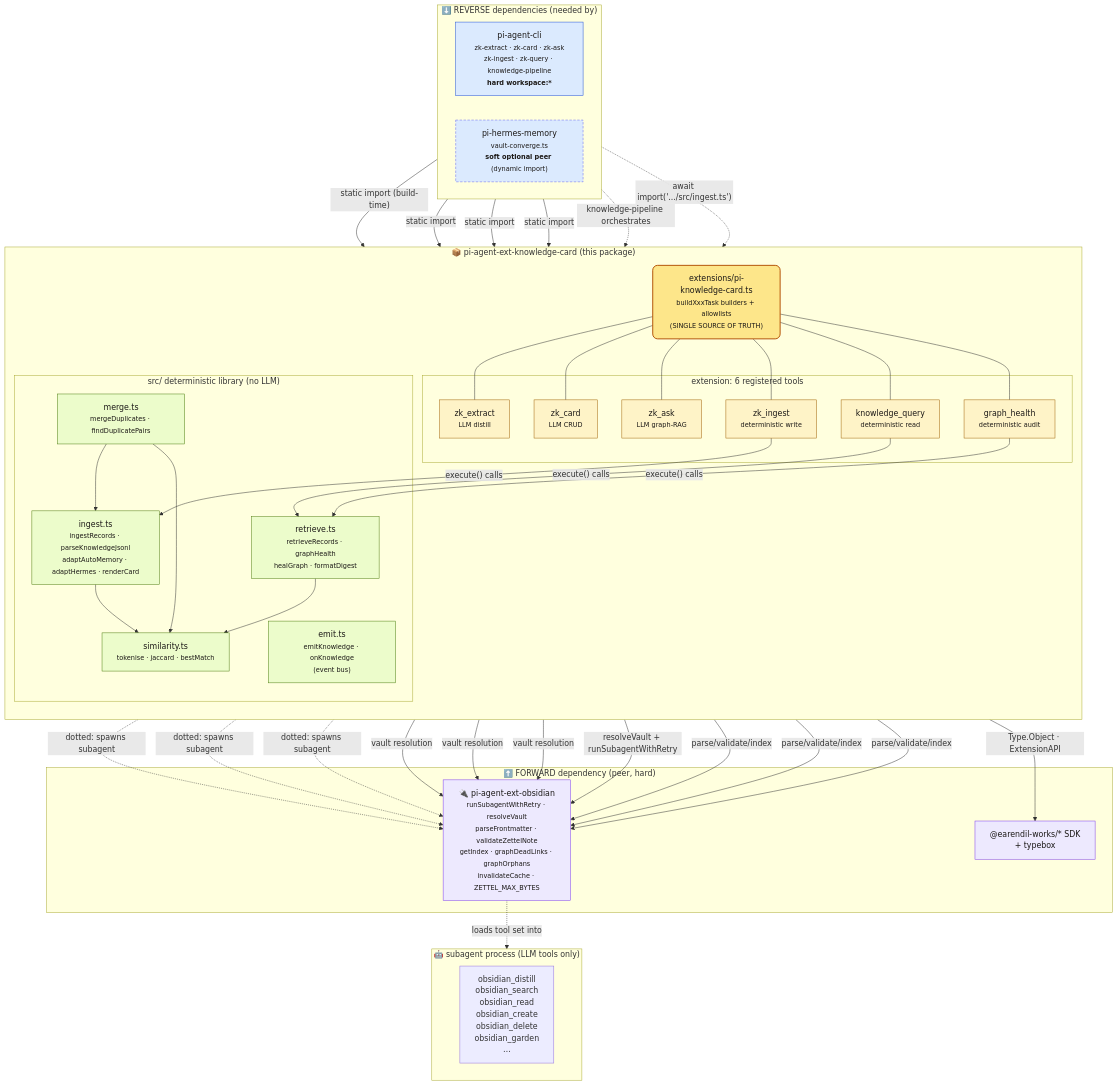
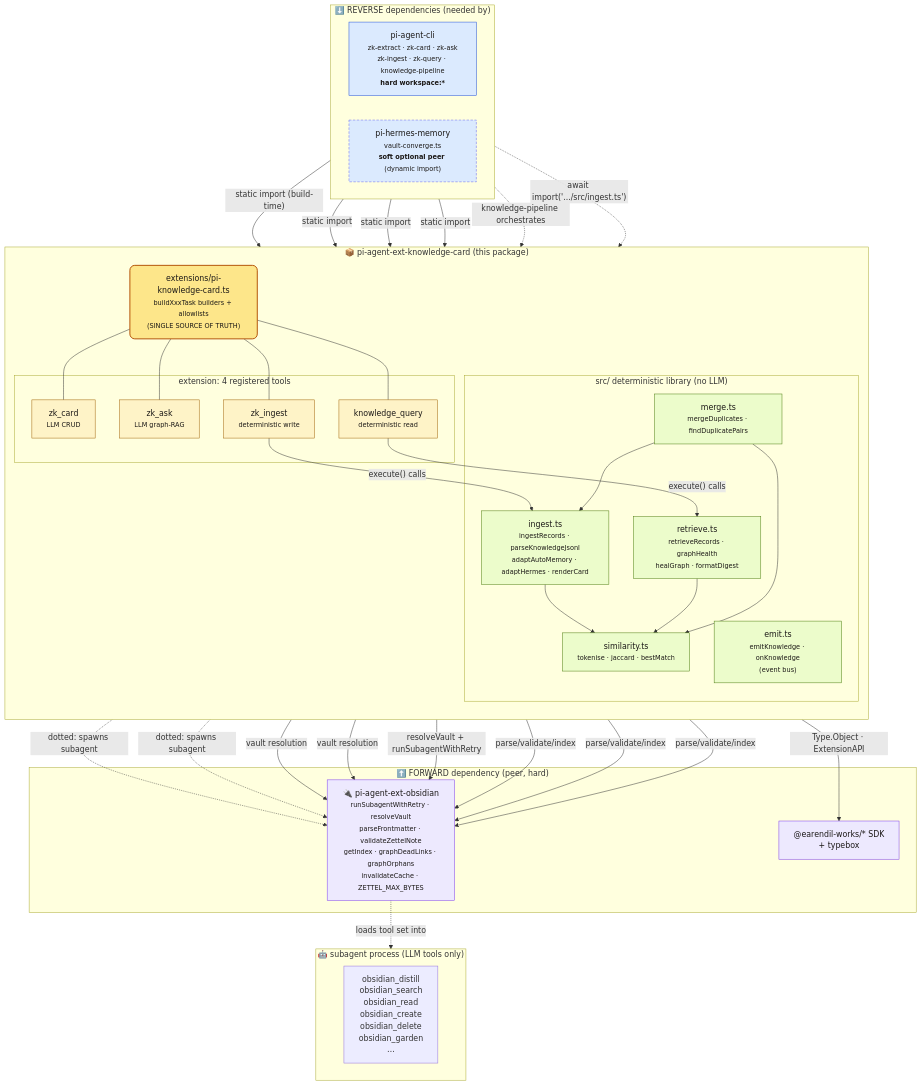
One commit to ziyu4huang/video_generation changed the first of 4 diagrams in bun-apps/pi-agent-ext-knowledge-card/docs/TOOL-ORCHESTRATION.md. Above: the diagram before and after it, drawn with Mermaid. The commit also changed other lines of this file, not shown here.

First line of the commit message:
docs(knowledge-card): TOOL-ORCHESTRATION — 4-tool reality (R2, fix C2 drift)

````diff
--- a/bun-apps/pi-agent-ext-knowledge-card/docs/TOOL-ORCHESTRATION.md
+++ b/bun-apps/pi-agent-ext-knowledge-card/docs/TOOL-ORCHESTRATION.md
@@ -26,77 +29,74 @@
 ```mermaid
 %% ── Legend ──────────────────────────────────────────────────────
 %%  solid arrow  = static import / hard workspace dep (build-time)
 %%  dashed arrow = dynamic import / soft optional peer (runtime, graceful)
 %%  dotted arrow = spawns (extension → subagent process)
 %%  box style    = this package (rounded) · consumer (sharp) · dep (hex)
 
 flowchart TB
   classDef hub fill:#fde68a,stroke:#b45309,stroke-width:2px,color:#1c1917,rx:10
   classDef tool fill:#fef3c7,stroke:#a16207,color:#1c1917
   classDef lib fill:#ecfccb,stroke:#4d7c0f,color:#1c1917
   classDef consumer fill:#dbeafe,stroke:#1d4ed8,color:#1c1917
   classDef soft fill:#dbeafe,stroke:#6366f1,color:#1c1917,stroke-dasharray:5 3
   classDef dep fill:#ede9fe,stroke:#7c3aed,color:#1c1917
 
   subgraph KC["📦 pi-agent-ext-knowledge-card (this package)"]
     direction TB
-    subgraph tools["extension: 6 registered tools"]
-      T1["zk_extract<br/><small>LLM distill</small>"]:::tool
+    subgraph tools["extension: 4 registered tools"]
       T2["zk_card<br/><small>LLM CRUD</small>"]:::tool
       T3["zk_ask<br/><small>LLM graph-RAG</small>"]:::tool
       T4["zk_ingest<br/><small>deterministic write</small>"]:::tool
       T5["knowledge_query<br/><small>deterministic read</small>"]:::tool
-      T6["graph_health<br/><small>deterministic audit</small>"]:::tool
     end
     subgraph libs["src/ deterministic library (no LLM)"]
       L1["ingest.ts<br/><small>ingestRecords · parseKnowledgeJsonl<br/>adaptAutoMemory · adaptHermes · renderCard</small>"]:::lib
       L2["retrieve.ts<br/><small>retrieveRecords · graphHealth<br/>healGraph · formatDigest</small>"]:::lib
       L3["merge.ts<br/><small>mergeDuplicates · findDuplicatePairs</small>"]:::lib
       L4["emit.ts<br/><small>emitKnowledge · onKnowledge<br/>(event bus)</small>"]:::lib
       L5["similarity.ts<br/><small>tokenise · jaccard · bestMatch</small>"]:::lib
     end
     EXT["extensions/pi-knowledge-card.ts<br/><small>buildXxxTask builders + allowlists<br/>(SINGLE SOURCE OF TRUTH)</small>"]:::hub
 
-    EXT --- T1 & T2 & T3 & T4 & T5 & T6
+    EXT --- T2 & T3 & T4 & T5
     T4 -->|"execute() calls"| L1
     T5 -->|"execute() calls"| L2
-    T6 -->|"execute() calls"| L2
     L1 --> L5
     L2 --> L5
     L3 --> L1
     L3 --> L5
   end
 
   %% ── FORWARD DEP: what this package NEEDS ──────────────────────
   subgraph fwd["⬆️ FORWARD dependency (peer, hard)"]
     OBS[" 🔌 pi-agent-ext-obsidian<br/><small>runSubagentWithRetry · resolveVault<br/>parseFrontmatter · validateZettelNote<br/>getIndex · graphDeadLinks · graphOrphans<br/>invalidateCache · ZETTEL_MAX_BYTES</small>"]:::dep
     SDK["@earendil-works/* SDK<br/>+ typebox"]:::dep
   end
 
-  T1 & T2 & T3 -.->|"dotted: spawns subagent"| OBS
-  T4 & T5 & T6 -->|"vault resolution"| OBS
+  T2 & T3 -.->|"dotted: spawns subagent"| OBS
+  T4 & T5 -->|"vault resolution"| OBS
   EXT -->|"resolveVault + runSubagentWithRetry"| OBS
   L1 & L2 & L3 -->|"parse/validate/index"| OBS
   EXT -->|"Type.Object · ExtensionAPI"| SDK
 
   %% ── REVERSE DEPS: who NEEDS this package ──────────────────────
   subgraph rev["⬇️ REVERSE dependencies (needed by)"]
     direction LR
     CLI["pi-agent-cli<br/><small>zk-extract · zk-card · zk-ask<br/>zk-ingest · zk-query · knowledge-pipeline<br/><b>hard workspace:*</b></small>"]:::consumer
     HERMES["pi-hermes-memory<br/><small>vault-converge.ts<br/><b>soft optional peer</b> (dynamic import)</small>"]:::soft
   end
 
   CLI -->|"static import (build-time)"| EXT
   CLI -->|"static import"| L1
   CLI -->|"static import"| L2
   CLI -->|"static import"| L3
   CLI -.->|"knowledge-pipeline orchestrates"| L1
   HERMES -.->|"await import('.../src/ingest.ts')"| L1
 
   %% ── RUNTIME: subagent fan-out (LLM tools only) ────────────────
   subgraph agent["🤖 subagent process (LLM tools only)"]
     direction LR
     A1["obsidian_distill<br/>obsidian_search<br/>obsidian_read<br/>obsidian_create<br/>obsidian_delete<br/>obsidian_garden<br/>…"]
   end
   OBS -.->|"loads tool set into"| agent
 ```
````
